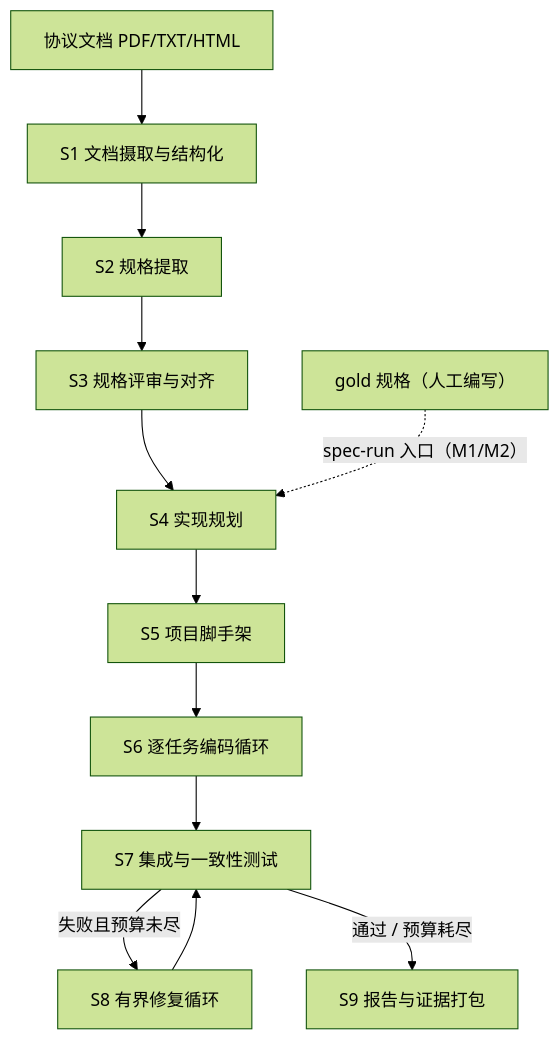
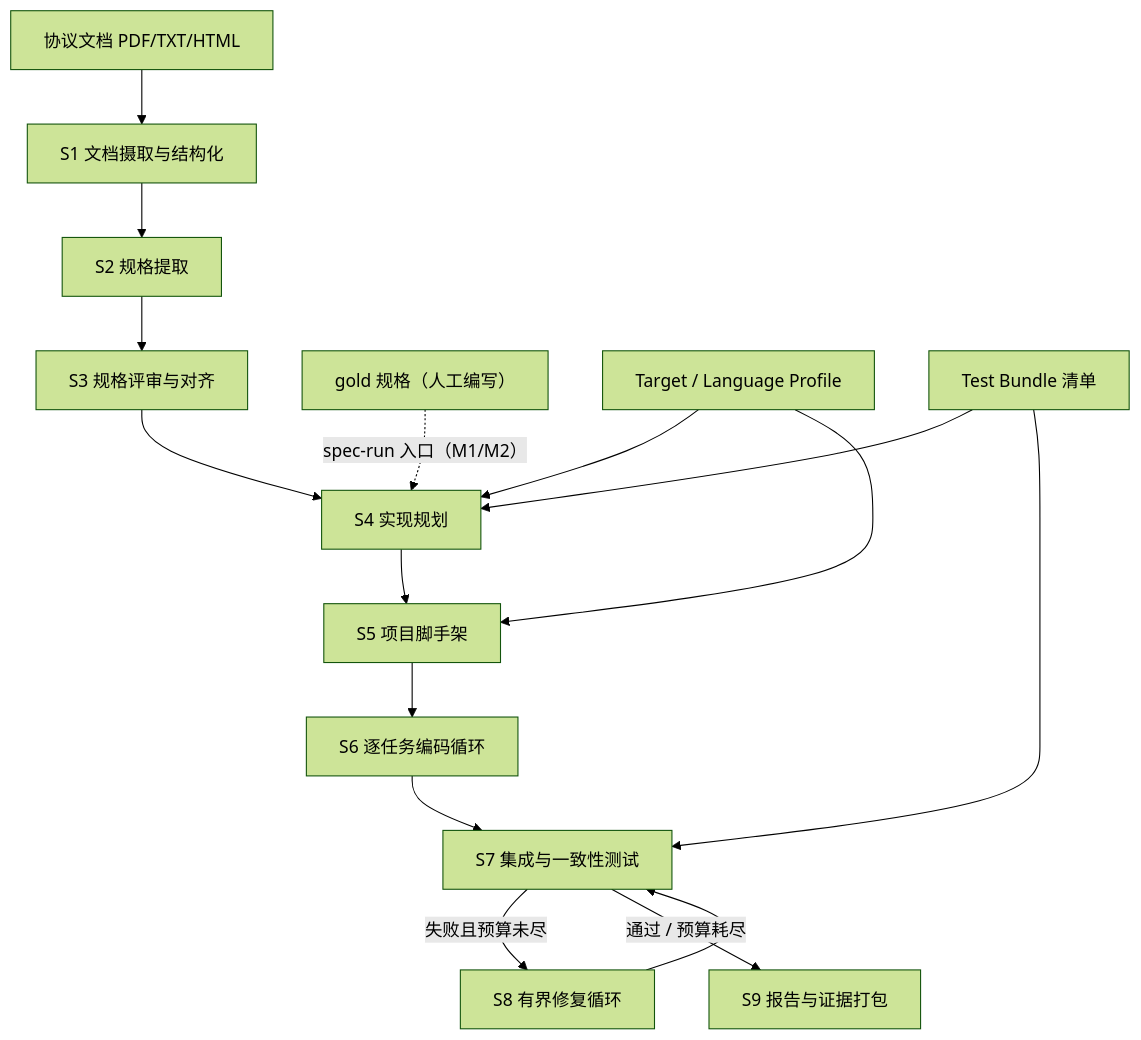
The first of 2 diagrams in project_docs/system_design.md (Assassin187/NePA), drawn with Mermaid (forest theme) before and after one commit. The commit also changed other lines of this file and 52 other files, not shown here.

````diff
--- a/project_docs/system_design.md
+++ b/project_docs/system_design.md
@@ -176,14 +177,18 @@
 ```mermaid
 flowchart TD
   A[协议文档 PDF/TXT/HTML] --> S1[S1 文档摄取与结构化]
   S1 --> S2[S2 规格提取]
   S2 --> S3[S3 规格评审与对齐]
   S3 --> S4[S4 实现规划]
   G[gold 规格（人工编写）] -.spec-run 入口（M1/M2）.-> S4
+  P[Target / Language Profile] --> S4
+  P --> S5
+  T[Test Bundle 清单] --> S4
   S4 --> S5[S5 项目脚手架]
   S5 --> S6[S6 逐任务编码循环]
+  T --> S7
   S6 --> S7[S7 集成与一致性测试]
   S7 -- 失败且预算未尽 --> S8[S8 有界修复循环]
   S8 --> S7
   S7 -- 通过 / 预算耗尽 --> S9[S9 报告与证据打包]
 ```
````
